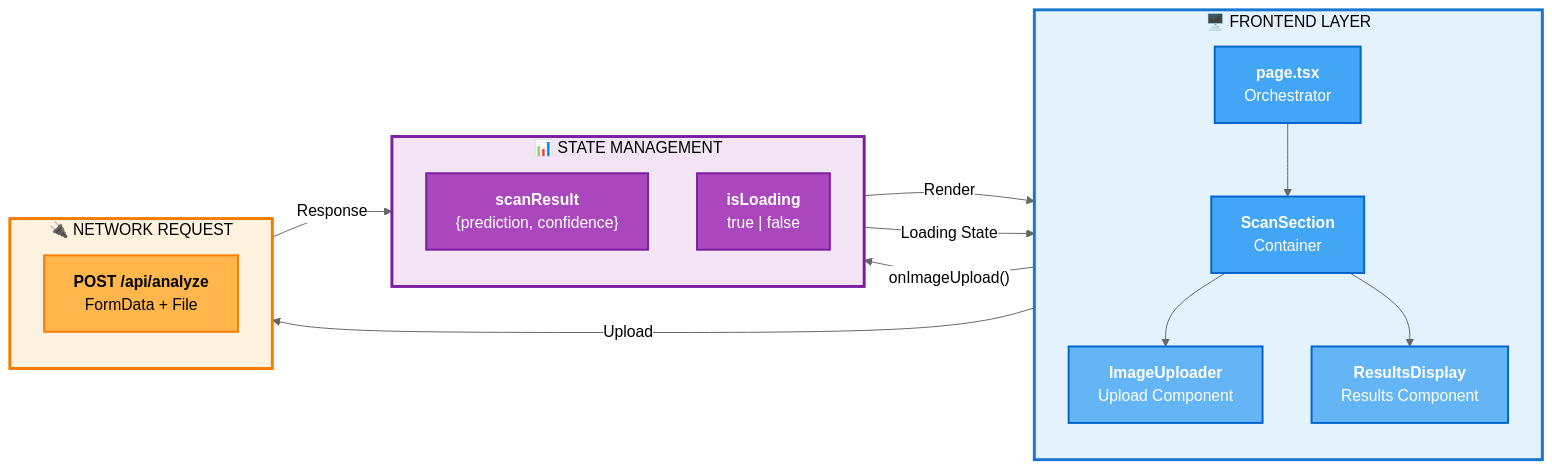
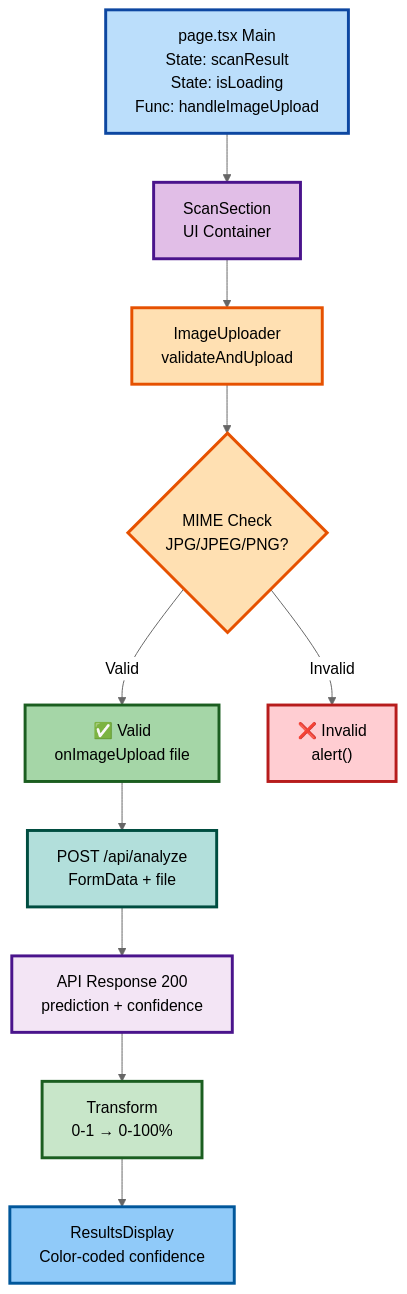
Before and after one commit to itssmdsh/MediScan: the third of 6 diagrams in DOCUMENTATION.md, drawn with Mermaid (neutral theme). The commit also changed other lines of this file, not shown here.

````diff
--- a/DOCUMENTATION.md
+++ b/DOCUMENTATION.md
@@ -225,42 +107,34 @@
 ```mermaid
-graph LR
-    subgraph Frontend["🖥️ FRONTEND LAYER"]
-        direction TB
-        A["<b>page.tsx</b><br/>Orchestrator"]
-        B["<b>ScanSection</b><br/>Container"]
-        C["<b>ImageUploader</b><br/>Upload Component"]
-        D["<b>ResultsDisplay</b><br/>Results Component"]
-    end
+graph TD
+    Main["page.tsx Main<br/>State: scanResult<br/>State: isLoading<br/>Func: handleImageUpload"]
+    Scan["ScanSection<br/>UI Container"]
+    Upload["ImageUploader<br/>validateAndUpload"]
+    Check{"MIME Check<br/>JPG/JPEG/PNG?"}
+    Valid["✅ Valid<br/>onImageUpload file"]
+    Invalid["❌ Invalid<br/>alert()"]
+    API["POST /api/analyze<br/>FormData + file"]
+    Response["API Response 200<br/>prediction + confidence"]
+    Transform["Transform<br/>0-1 → 0-100%"]
+    Display["ResultsDisplay<br/>Color-coded confidence"]
     
-    subgraph State["📊 STATE MANAGEMENT"]
-        direction TB
-        E["<b>scanResult</b><br/>{prediction, confidence}"]
-        F["<b>isLoading</b><br/>true | false"]
-    end
+    Main --> Scan
+    Scan --> Upload
+    Upload --> Check
+    Check -->|Valid| Valid
+    Check -->|Invalid| Invalid
+    Valid --> API
+    API --> Response
+    Response --> Transform
+    Transform --> Display
     
-    subgraph Network["🔌 NETWORK REQUEST"]
-        direction TB
-        G["<b>POST /api/analyze</b><br/>FormData + File"]
-    end
-    
-    A --> B
-    B --> C
-    B --> D
-    C -->|"onImageUpload()"| E
-    E -->|"Render"| D
-    F -->|"Loading State"| C
-    C -->|"Upload"| G
-    G -->|"Response"| E
-    
-    style Frontend fill:#e3f2fd,stroke:#1976d2,stroke-width:3px,color:#000
-    style State fill:#f3e5f5,stroke:#7b1fa2,stroke-width:3px,color:#000
-    style Network fill:#fff3e0,stroke:#f57c00,stroke-width:3px,color:#000
-    
-    style A fill:#42a5f5,stroke:#0066cc,stroke-width:2px,color:#fff
-    style B fill:#42a5f5,stroke:#0066cc,stroke-width:2px,color:#fff
-    style C fill:#64b5f6,stroke:#0066cc,stroke-width:2px,color:#fff
-    style D fill:#64b5f6,stroke:#0066cc,stroke-width:2px,color:#fff
-    style E fill:#ab47bc,stroke:#7b1fa2,stroke-width:2px,color:#fff
-    style F fill:#ab47bc,stroke:#7b1fa2,stroke-width:2px,color:#fff
-    style G fill:#ffb74d,stroke:#f57c00,stroke-width:2px,color:#000
+    style Main fill:#bbdefb,stroke:#0d47a1,stroke-width:3px,color:#000
+    style Scan fill:#e1bee7,stroke:#4a148c,stroke-width:3px,color:#000
+    style Upload fill:#ffe0b2,stroke:#e65100,stroke-width:3px,color:#000
+    style Check fill:#ffe0b2,stroke:#e65100,stroke-width:3px,color:#000
+    style Valid fill:#a5d6a7,stroke:#1b5e20,stroke-width:3px,color:#000
+    style Invalid fill:#ffcdd2,stroke:#b71c1c,stroke-width:3px,color:#000
+    style API fill:#b2dfdb,stroke:#004d40,stroke-width:3px,color:#000
+    style Response fill:#f3e5f5,stroke:#4a148c,stroke-width:3px,color:#000
+    style Transform fill:#c8e6c9,stroke:#1b5e20,stroke-width:3px,color:#000
+    style Display fill:#90caf9,stroke:#01579b,stroke-width:3px,color:#000
 ```
````
